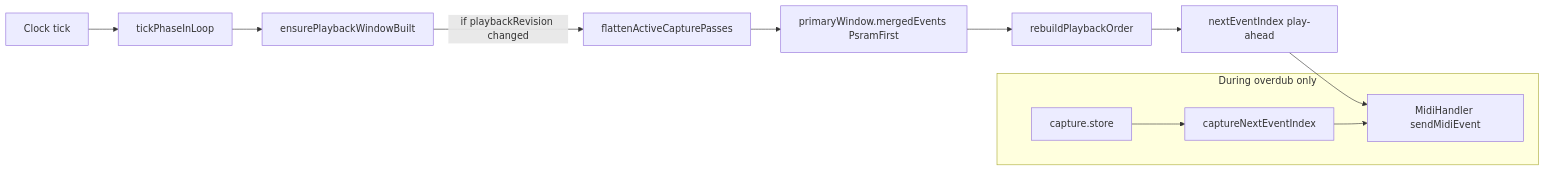
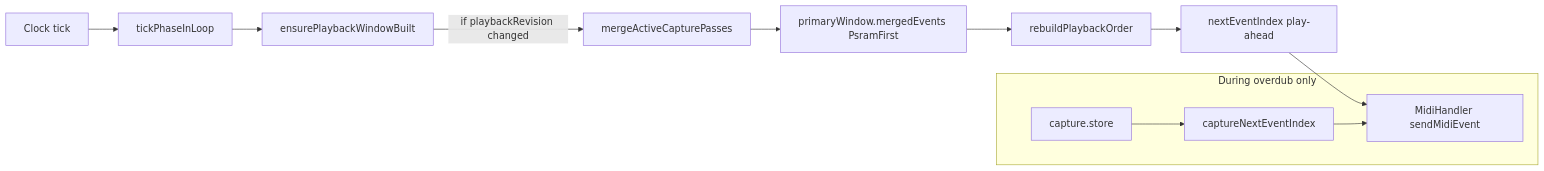
One commit to Lytrix/MidiLooper changed the third of 4 diagrams in docs/plans/record_overdub_memory_display_timeline_enhancement.md. Above: the diagram before and after it, drawn with Mermaid. The commit also changed other lines of this file and 47 other files, not shown here.

````diff
--- a/docs/plans/record_overdub_memory_display_timeline_enhancement.md
+++ b/docs/plans/record_overdub_memory_display_timeline_enhancement.md
@@ -154,15 +154,15 @@
 ```mermaid
 flowchart LR
   tick[Clock tick] --> phase[tickPhaseInLoop]
   phase --> build[ensurePlaybackWindowBuilt]
-  build -->|"if playbackRevision changed"| flat[flattenActiveCapturePasses]
+  build -->|"if playbackRevision changed"| flat[mergeActiveCapturePasses]
   flat --> merged[primaryWindow.mergedEvents PsramFirst]
   merged --> order[rebuildPlaybackOrder]
   order --> cursor[nextEventIndex play-ahead]
   cursor --> out[MidiHandler sendMidiEvent]
 
   subgraph overdubLive [During overdub only]
     capLive[capture.store] --> capIdx[captureNextEventIndex]
     capIdx --> out
   end
 ```
````
